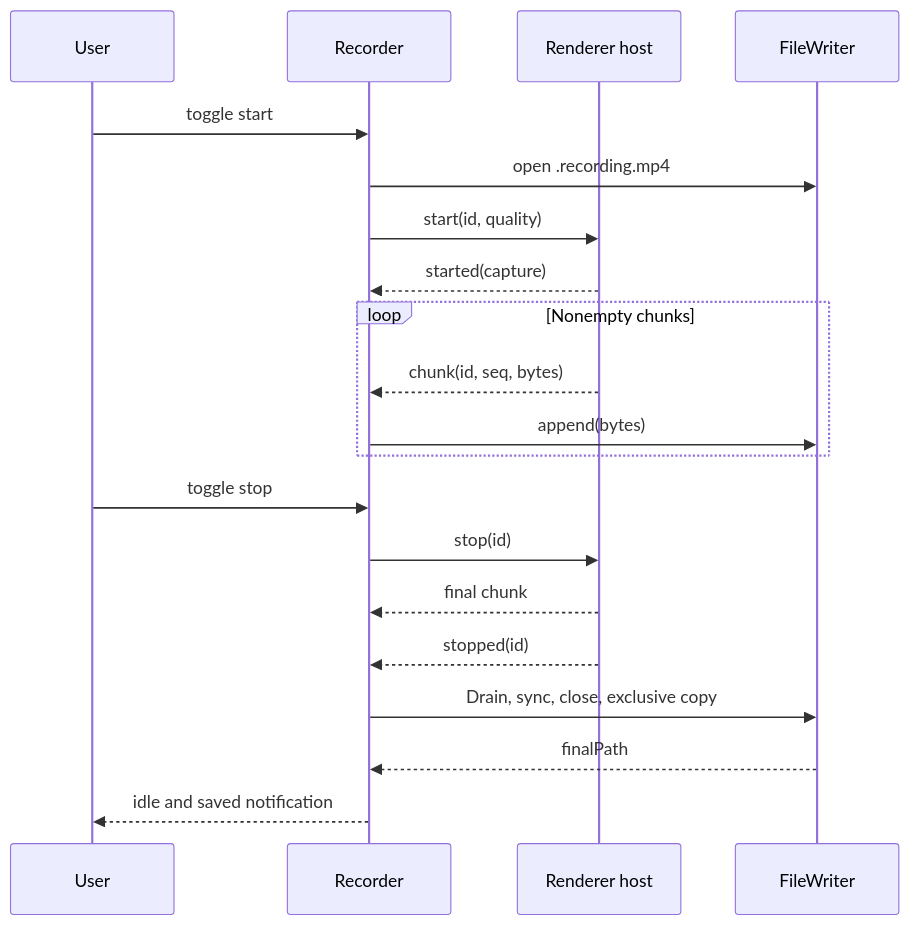
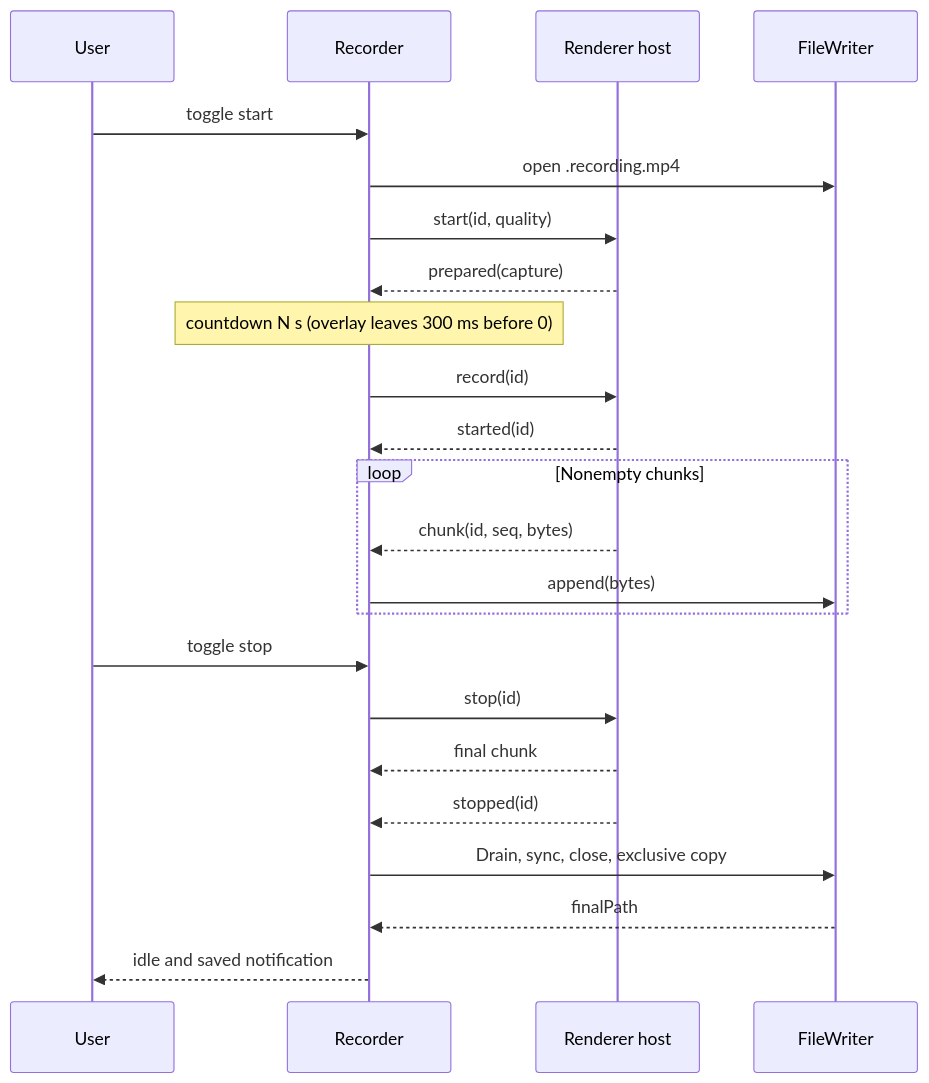
One commit to EricTsai83/recordstuff changed the second of 2 diagrams in docs/system-design/recording.md. Above: the diagram before and after it, drawn with Mermaid. The commit also changed other lines of this file and 17 other files, not shown here.

````diff
--- a/docs/system-design/recording.md
+++ b/docs/system-design/recording.md
@@ -90,22 +111,25 @@
 ```mermaid
 sequenceDiagram
     participant U as User
     participant R as Recorder
     participant H as Renderer host
     participant W as FileWriter
     U->>R: toggle start
     R->>W: open .recording.mp4
     R->>H: start(id, quality)
-    H-->>R: started(capture)
+    H-->>R: prepared(capture)
+    Note over R: countdown N s (overlay leaves 300 ms before 0)
+    R->>H: record(id)
+    H-->>R: started(id)
     loop Nonempty chunks
       H-->>R: chunk(id, seq, bytes)
       R->>W: append(bytes)
     end
     U->>R: toggle stop
     R->>H: stop(id)
     H-->>R: final chunk
     H-->>R: stopped(id)
     R->>W: Drain, sync, close, exclusive copy
     W-->>R: finalPath
     R-->>U: idle and saved notification
 ```
````
